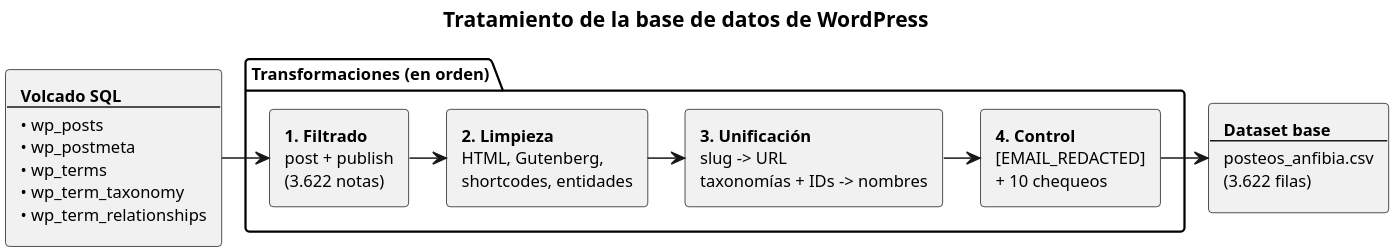
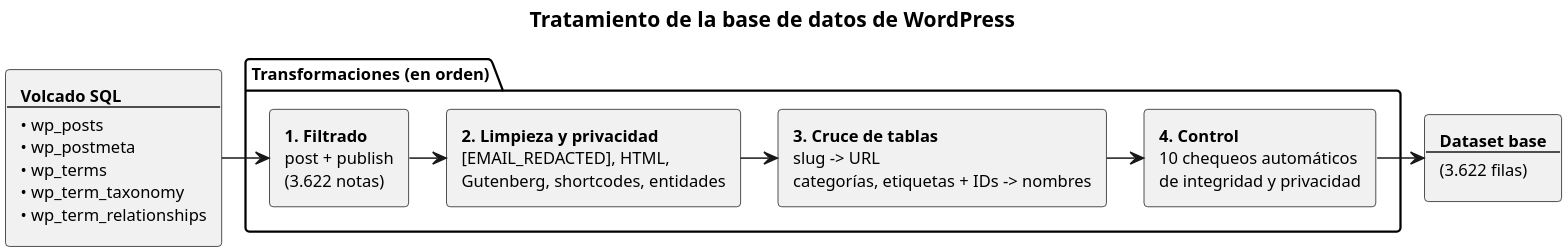
The diagram in docs/UML/2.1.1.puml (MauricioKreszczuk/anfibia-unsam), drawn with PlantUML before and after one commit. The commit also changed 9 other files, not shown here.

```diff
--- a/docs/UML/2.1.1.puml
+++ b/docs/UML/2.1.1.puml
@@ -1,29 +1,29 @@
 @startuml
 left to right direction
 skinparam dpi 300
 skinparam shadowing false
 skinparam backgroundColor white
 skinparam defaultFontSize 11
 skinparam nodesep 18
 skinparam ranksep 25
 
 title Tratamiento de la base de datos de WordPress
 
 rectangle "<b>Volcado SQL</b>\n---\n• wp_posts\n• wp_postmeta\n• wp_terms\n• wp_term_taxonomy\n• wp_term_relationships" as sql
 
 package "Transformaciones (en orden)" {
   rectangle "<b>1. Filtrado</b>\npost + publish\n(3.622 notas)" as p1
-  rectangle "<b>2. Limpieza</b>\nHTML, Gutenberg,\nshortcodes, entidades" as p2
-  rectangle "<b>3. Unificación</b>\nslug -> URL\ntaxonomías + IDs -> nombres" as p3
-  rectangle "<b>4. Control</b>\n[EMAIL_REDACTED]\n+ 10 chequeos" as p4
+  rectangle "<b>2. Limpieza y privacidad</b>\n[EMAIL_REDACTED], HTML,\nGutenberg, shortcodes, entidades" as p2
+  rectangle "<b>3. Cruce de tablas</b>\nslug -> URL\ncategorías, etiquetas + IDs -> nombres" as p3
+  rectangle "<b>4. Control</b>\n10 chequeos automáticos\nde integridad y privacidad" as p4
 }
 
-rectangle "<b>Dataset base</b>\n---\nposteos_anfibia.csv\n(3.622 filas)" as out
+rectangle "<b>Dataset base</b>\n---\n(3.622 filas)" as out
 
 sql --> p1
 p1 --> p2
 p2 --> p3
 p3 --> p4
 p4 --> out
 
 @enduml
```
